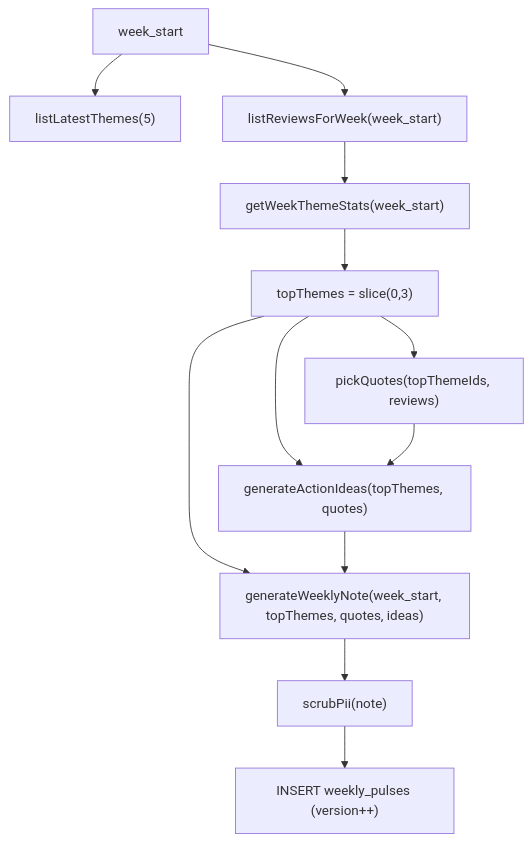
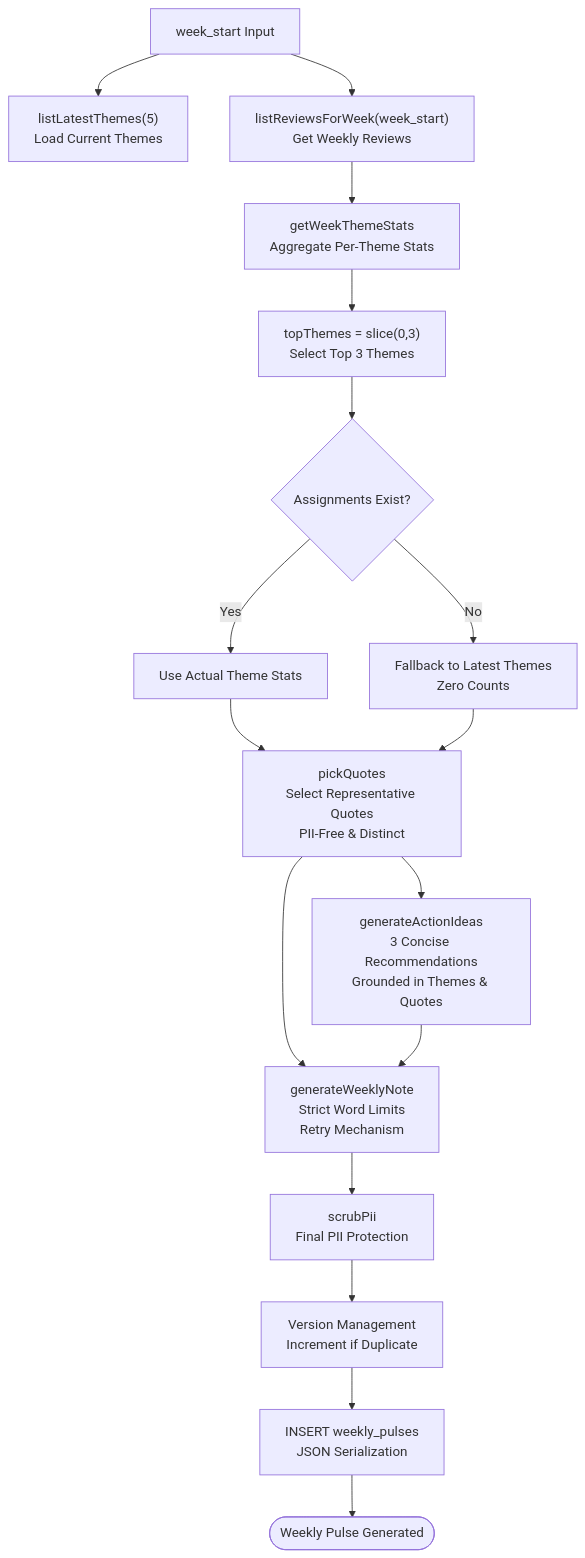
One commit to aravinthraj-ramalingam/Groww-App-Review-Insights-Analyzer- changed the fifth of 9 diagrams in .qoder/repowiki/en/content/Phase 2_ Advanced Analytics & Automation/Weekly Pulse Generation.md. Above: the diagram before and after it, drawn with Mermaid. The commit also changed other lines of this file and 11 other files, not shown here.

````diff
--- a/.qoder/repowiki/en/content/Phase 2_ Advanced Analytics & Automation/Weekly Pulse Generation.md
+++ b/.qoder/repowiki/en/content/Phase 2_ Advanced Analytics & Automation/Weekly Pulse Generation.md
@@ -248,14 +259,20 @@
 ```mermaid
 flowchart TD
-WS["week_start"] --> LoadThemes["listLatestThemes(5)"]
-WS --> LoadReviews["listReviewsForWeek(week_start)"]
-LoadReviews --> Stats["getWeekThemeStats(week_start)"]
-Stats --> Top3["topThemes = slice(0,3)"]
-Top3 --> Quotes["pickQuotes(topThemeIds, reviews)"]
-Top3 --> Ideas["generateActionIdeas(topThemes, quotes)"]
-Quotes --> Ideas
-Top3 --> Note["generateWeeklyNote(week_start, topThemes, quotes, ideas)"]
+WS["week_start Input"] --> LoadThemes["listLatestThemes(5)<br/>Load Current Themes"]
+WS --> LoadReviews["listReviewsForWeek(week_start)<br/>Get Weekly Reviews"]
+LoadReviews --> Stats["getWeekThemeStats<br/>Aggregate Per-Theme Stats"]
+Stats --> Top3["topThemes = slice(0,3)<br/>Select Top 3 Themes"]
+AltCheck{"Assignments Exist?"}
+Top3 --> AltCheck
+AltCheck --> |Yes| Effective["Use Actual Theme Stats"]
+AltCheck --> |No| Fallback["Fallback to Latest Themes<br/>Zero Counts"]
+Effective --> Quotes["pickQuotes<br/>Select Representative Quotes<br/>PII-Free & Distinct"]
+Fallback --> Quotes
+Quotes --> Ideas["generateActionIdeas<br/>3 Concise Recommendations<br/>Grounded in Themes & Quotes"]
+Quotes --> Note["generateWeeklyNote<br/>Strict Word Limits<br/>Retry Mechanism"]
 Ideas --> Note
-Note --> Scrub["scrubPii(note)"]
-Scrub --> Save["INSERT weekly_pulses (version++)"]
+Note --> Scrub["scrubPii<br/>Final PII Protection"]
+Scrub --> Version["Version Management<br/>Increment if Duplicate"]
+Version --> Save["INSERT weekly_pulses<br/>JSON Serialization"]
+Save --> End(["Weekly Pulse Generated"])
 ```
````
